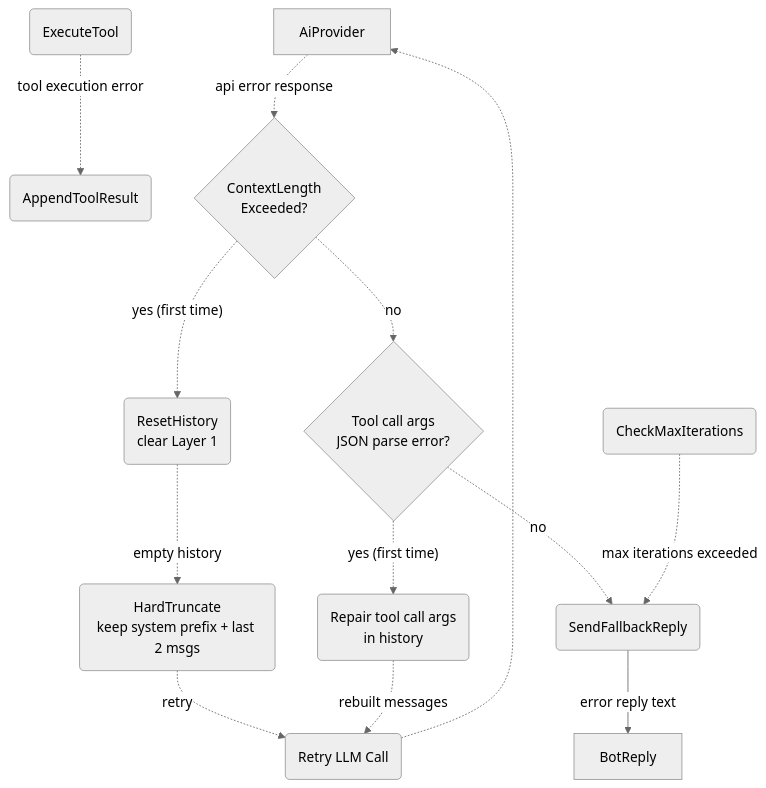
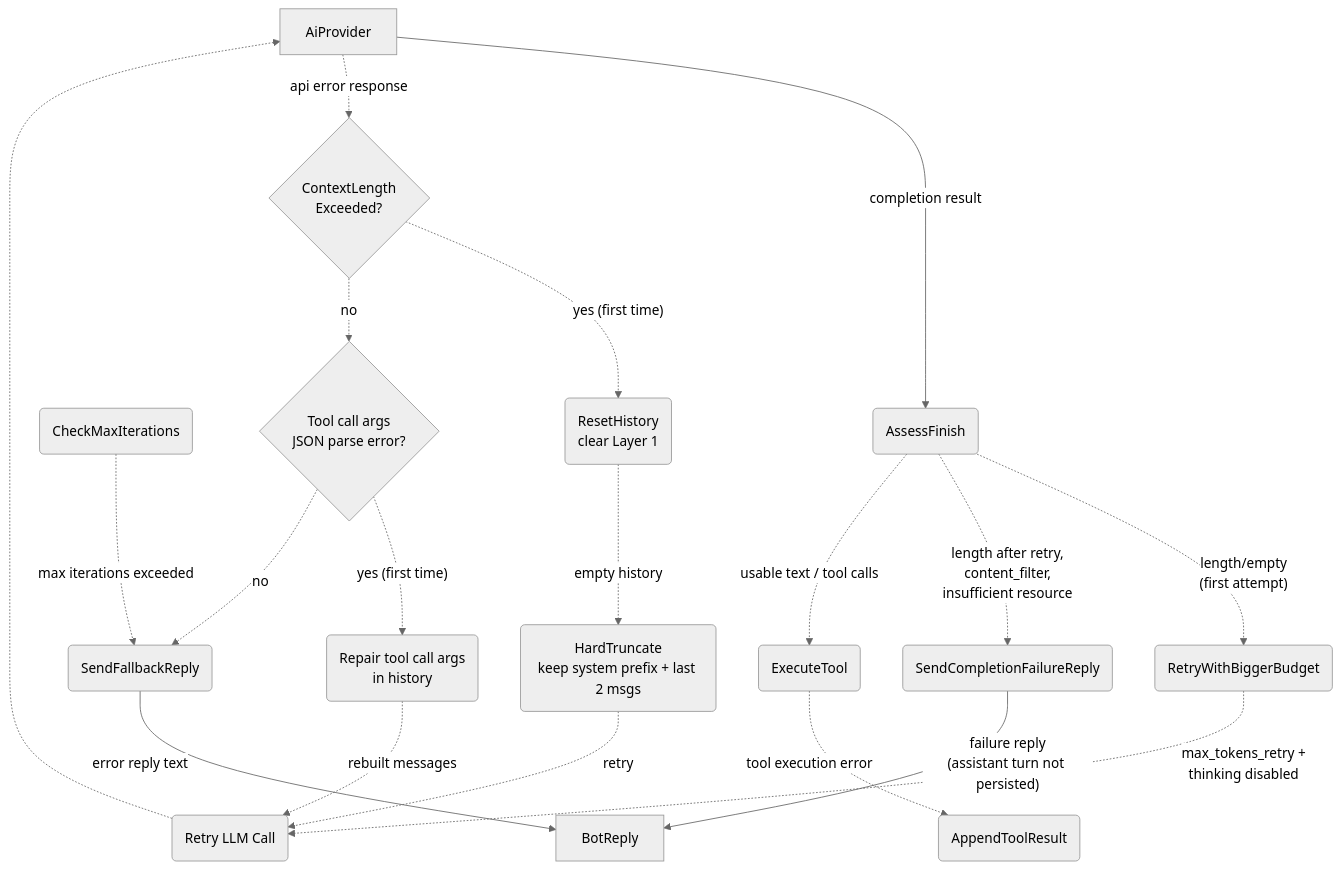
Before and after one commit to cosmoswafer/rockbot: the diagram in _dfd/agent/agent-harness/level-2/error-handling.md, drawn with Mermaid (neutral theme). The commit also changed other lines of this file and 18 other files, not shown here.

````diff
--- a/_dfd/agent/agent-harness/level-2/error-handling.md
+++ b/_dfd/agent/agent-harness/level-2/error-handling.md
@@ -16,28 +20,37 @@
 ```mermaid
 flowchart TD
     AI[AiProvider]
+    ASSESS(AssessFinish)
+    RETRY_BUDGET(RetryWithBiggerBudget)
+    EMPTY_FALLBACK(SendCompletionFailureReply)
     TOOL_EXEC(ExecuteTool)
     LOOP_LIMIT(CheckMaxIterations)
     APPEND(AppendToolResult)
     FALLBACK(SendFallbackReply)
     CHECK{ContextLength<br/>Exceeded?}
     RESET(ResetHistory<br/>clear Layer 1)
     REBUILD(HardTruncate<br/>keep system prefix + last 2 msgs)
     RETRY(Retry LLM Call)
     PARSE_ERR{Tool call args<br/>JSON parse error?}
     REPAIR(Repair tool call args<br/>in history)
     REPLY[BotReply]
 
+    AI -->|"completion result"| ASSESS
+    ASSESS -.->|"length/empty<br/>(first attempt)"| RETRY_BUDGET
+    RETRY_BUDGET -.->|"max_tokens_retry +<br/>thinking disabled"| RETRY
+    ASSESS -.->|"length after retry,<br/>content_filter,<br/>insufficient resource"| EMPTY_FALLBACK
+    EMPTY_FALLBACK -->|"failure reply<br/>(assistant turn not persisted)"| REPLY
+    ASSESS -.->|"usable text / tool calls"| TOOL_EXEC
     AI -.->|"api error response"| CHECK
     CHECK -.->|"yes (first time)"| RESET
     CHECK -.->|"no"| PARSE_ERR
     PARSE_ERR -.->|"yes (first time)"| REPAIR
     PARSE_ERR -.->|"no"| FALLBACK
     RESET -.->|"empty history"| REBUILD
     REBUILD -.->|"retry"| RETRY
     REPAIR -.->|"rebuilt messages"| RETRY
     RETRY -.-> AI
     TOOL_EXEC -.->|"tool execution error"| APPEND
     LOOP_LIMIT -.->|"max iterations exceeded"| FALLBACK
     FALLBACK -->|"error reply text"| REPLY
 ```
````
